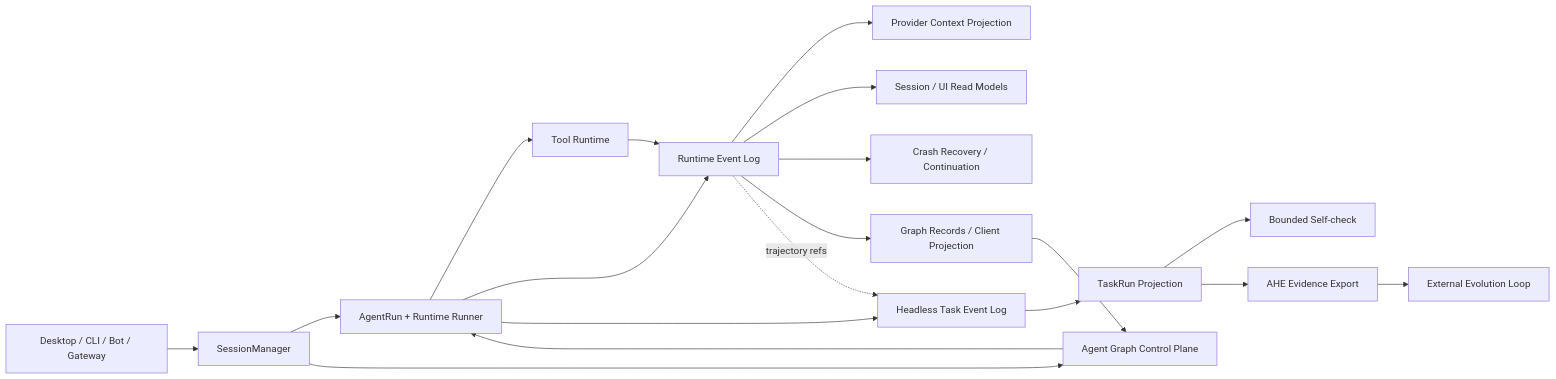
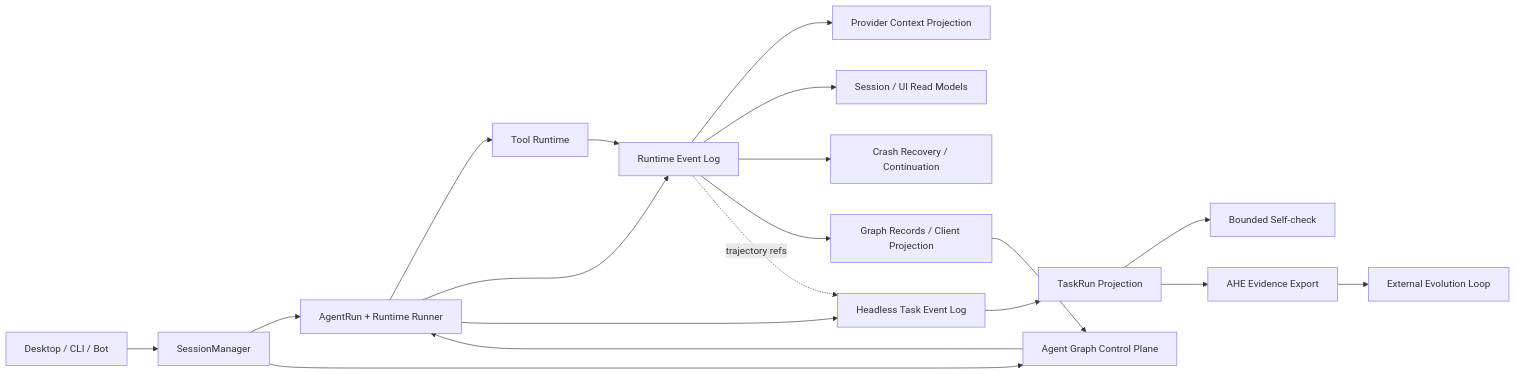
One commit to 1625567290/maka-agent changed the diagram in ARCHITECTURE.md. Above: the diagram before and after it, drawn with Mermaid. The commit also changed 60 other files, not shown here.

Commit message:
refactor: remove desktop open gateway (#1709)

````diff
--- a/ARCHITECTURE.md
+++ b/ARCHITECTURE.md
@@ -11,23 +11,23 @@
 ```mermaid
 flowchart LR
-    U["Desktop / CLI / Bot / Gateway"] --> S["SessionManager"]
+    U["Desktop / CLI / Bot"] --> S["SessionManager"]
     S --> R["AgentRun + Runtime Runner"]
     R --> T["Tool Runtime"]
     R --> L["Runtime Event Log"]
     R --> H["Headless Task Event Log"]
     T --> L
     S --> G["Agent Graph Control Plane"]
     G --> R
 
     L --> C["Provider Context Projection"]
     L --> V["Session / UI Read Models"]
     L --> X["Crash Recovery / Continuation"]
     L --> GP["Graph Records / Client Projection"]
     GP --> G
     L -. "trajectory refs" .-> H
 
     H --> P["TaskRun Projection"]
     P --> K["Bounded Self-check"]
     P --> E["AHE Evidence Export"]
     E --> A["External Evolution Loop"]
 ```
````
